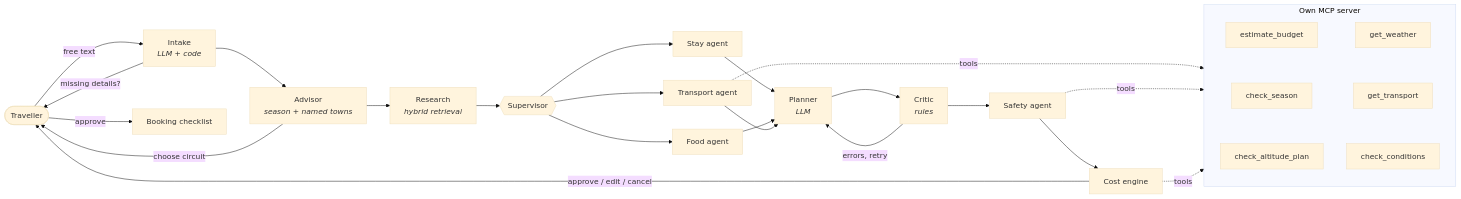
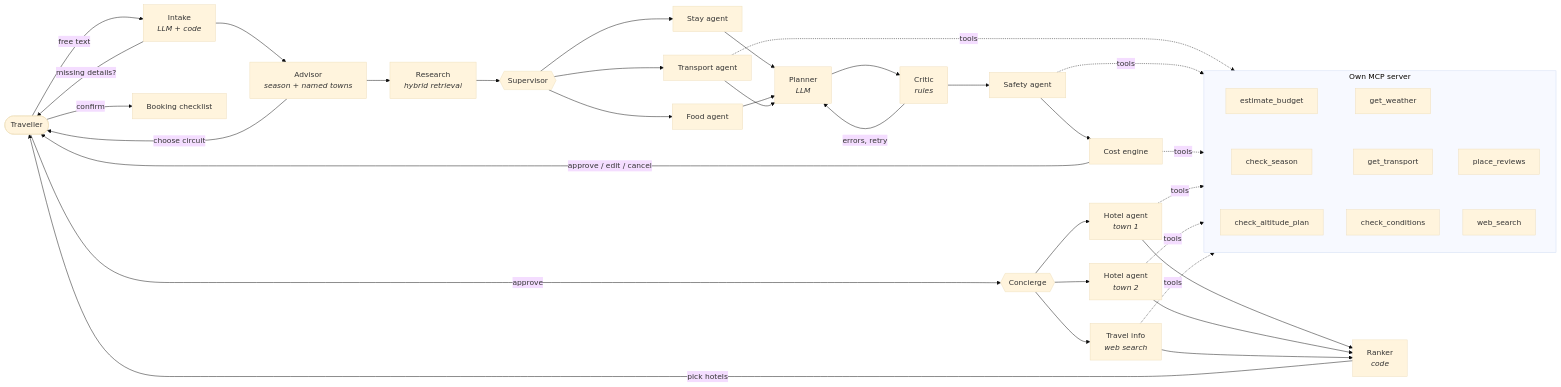
One commit to guniyal24/TravelBuddy changed the diagram in README.md. Above: the diagram before and after it, drawn with Mermaid (base theme). The commit also changed other lines of this file and 22 other files, not shown here.

First line of the commit message:
Phase 2: Concierge stage (parallel hotel agents, verified reviews)

````diff
--- a/README.md
+++ b/README.md
@@ -45,25 +46,32 @@
 ```mermaid
 flowchart LR
     U([Traveller]) -->|free text| I[Intake<br/><i>LLM + code</i>]
     I -->|missing details?| U
     I --> A[Advisor<br/><i>season + named towns</i>]
     A -->|choose circuit| U
     A --> R[Research<br/><i>hybrid retrieval</i>]
     R --> S{{Supervisor}}
     S --> ST[Stay agent]
     S --> FD[Food agent]
     S --> TR[Transport agent]
     ST & FD & TR --> P[Planner<br/><i>LLM</i>]
     P --> C[Critic<br/><i>rules</i>]
     C -->|errors, retry| P
     C --> SF[Safety agent]
     SF --> CO[Cost engine]
     CO -->|approve / edit / cancel| U
-    U -->|approve| F[Booking checklist]
+    U -->|approve| CG{{Concierge}}
+    CG --> H1[Hotel agent<br/><i>town 1</i>]
+    CG --> H2[Hotel agent<br/><i>town 2</i>]
+    CG --> TI[Travel info<br/><i>web search</i>]
+    H1 & H2 & TI --> RK[Ranker<br/><i>code</i>]
+    RK -->|pick hotels| U
+    U -->|confirm| F[Booking checklist]
 
     subgraph MCP["Own MCP server"]
       T1[estimate_budget] ~~~ T2[check_season] ~~~ T3[check_altitude_plan]
       T4[get_weather] ~~~ T5[get_transport] ~~~ T6[check_conditions]
+      T7[place_reviews] ~~~ T8[web_search]
     end
-    TR & SF & CO -.tools.-> MCP
+    TR & SF & CO & H1 & H2 & TI -.tools.-> MCP
 ```
````
